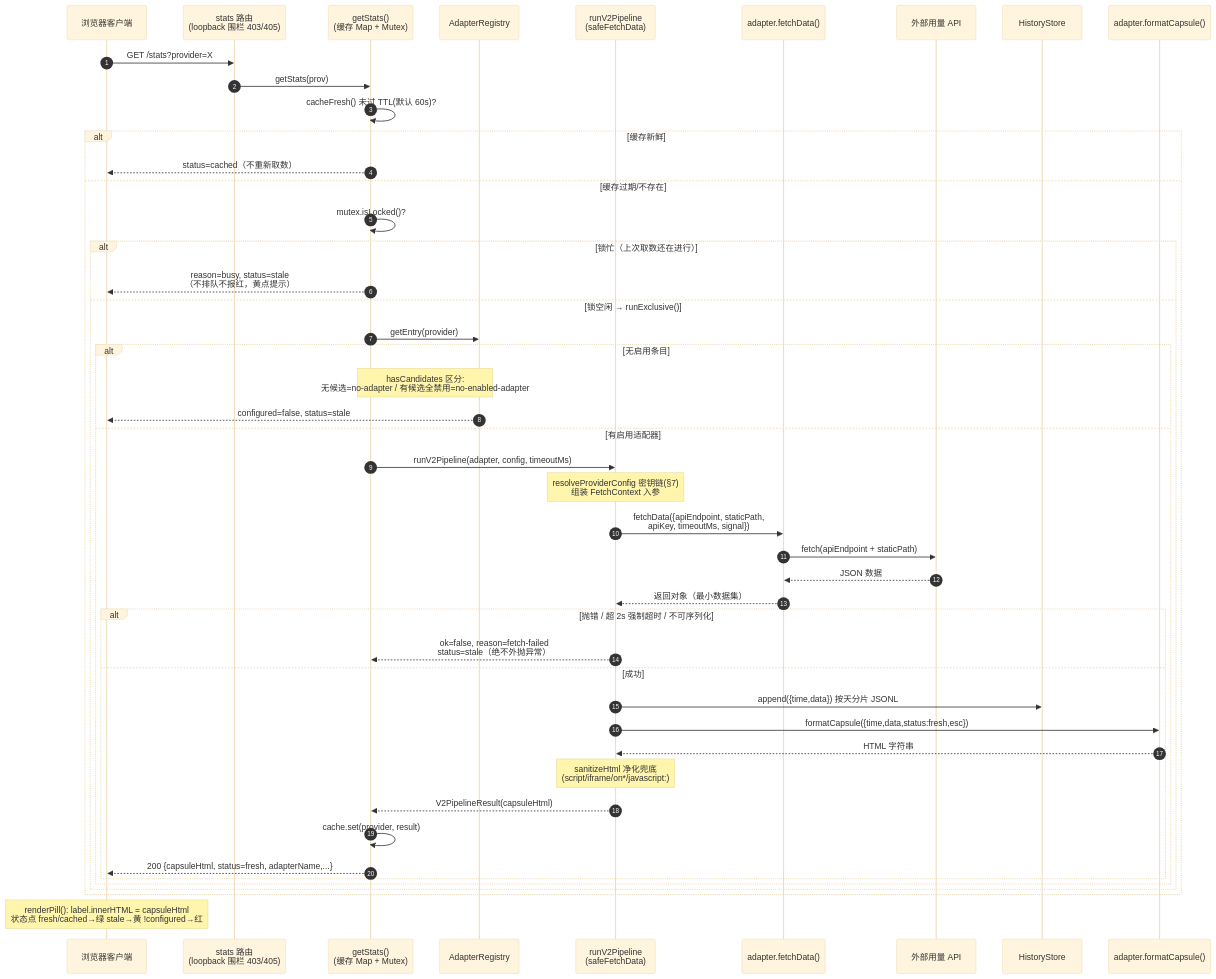
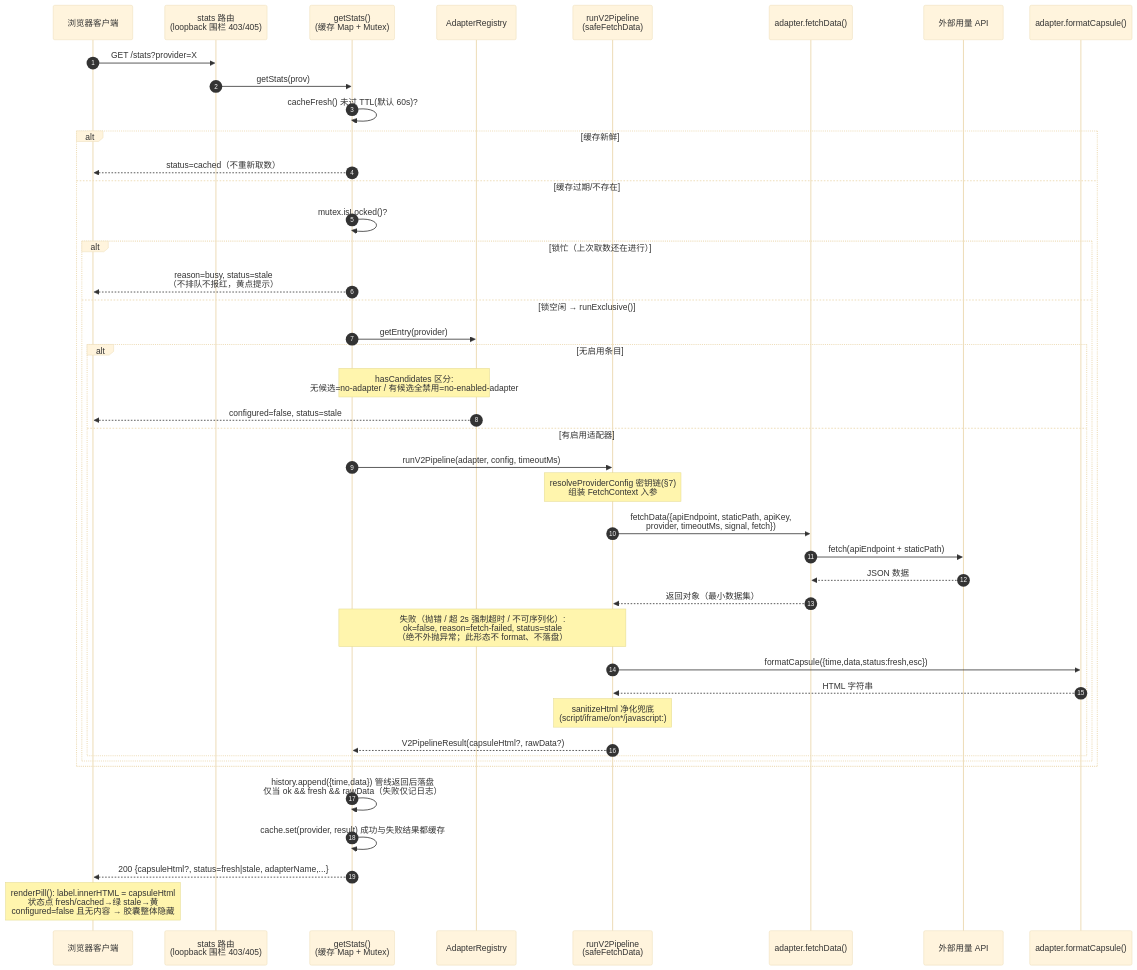
One commit to wingsky-1/dsh-plugin-hub changed the third of 10 diagrams in packages/dsh-provider-usage/docs/architecture.md. Above: the diagram before and after it, drawn with Mermaid (base theme). The commit also changed other lines of this file and 3 other files, not shown here.

````diff
--- a/packages/dsh-provider-usage/docs/architecture.md
+++ b/packages/dsh-provider-usage/docs/architecture.md
@@ -98,50 +100,46 @@
 ```mermaid
 sequenceDiagram
     autonumber
     participant B as 浏览器客户端
     participant R as stats 路由<br/>(loopback 围栏 403/405)
     participant G as getStats()<br/>(缓存 Map + Mutex)
     participant RG as AdapterRegistry
     participant P as runV2Pipeline<br/>(safeFetchData)
     participant AD as adapter.fetchData()
     participant API as 外部用量 API
-    participant H as HistoryStore
     participant F as adapter.formatCapsule()
 
     B->>R: GET /stats?provider=X
     R->>G: getStats(prov)
     G->>G: cacheFresh() 未过 TTL(默认 60s)?
     alt 缓存新鲜
         G-->>B: status=cached（不重新取数）
     else 缓存过期/不存在
         G->>G: mutex.isLocked()?
         alt 锁忙（上次取数还在进行）
             G-->>B: reason=busy, status=stale<br/>（不排队不报红，黄点提示）
         else 锁空闲 → runExclusive()
             G->>RG: getEntry(provider)
             alt 无启用条目
                 Note over RG,G: hasCandidates 区分:<br/>无候选=no-adapter / 有候选全禁用=no-enabled-adapter
                 RG-->>B: configured=false, status=stale
             else 有启用适配器
                 G->>P: runV2Pipeline(adapter, config, timeoutMs)
                 Note over P: resolveProviderConfig 密钥链(§7)<br/>组装 FetchContext 入参
-                P->>AD: fetchData({apiEndpoint, staticPath,<br/>apiKey, timeoutMs, signal})
+                P->>AD: fetchData({apiEndpoint, staticPath, apiKey,<br/>provider, timeoutMs, signal, fetch})
                 AD->>API: fetch(apiEndpoint + staticPath)
                 API-->>AD: JSON 数据
                 AD-->>P: 返回对象（最小数据集）
-                alt 抛错 / 超 2s 强制超时 / 不可序列化
-                    P-->>G: ok=false, reason=fetch-failed<br/>status=stale（绝不外抛异常）
-                else 成功
-                    P->>H: append({time,data}) 按天分片 JSONL
-                    P->>F: formatCapsule({time,data,status:fresh,esc})
-                    F-->>P: HTML 字符串
-                    Note over P: sanitizeHtml 净化兜底<br/>(script/iframe/on*/javascript:)
-                    P-->>G: V2PipelineResult(capsuleHtml)
-                    G->>G: cache.set(provider, result)
-                    G-->>B: 200 {capsuleHtml, status=fresh, adapterName,...}
-                end
+                Note over P,G: 失败（抛错 / 超 2s 强制超时 / 不可序列化）:<br/>ok=false, reason=fetch-failed, status=stale<br/>（绝不外抛异常；此形态不 format、不落盘）
+                P->>F: formatCapsule({time,data,status:fresh,esc})
+                F-->>P: HTML 字符串
+                Note over P: sanitizeHtml 净化兜底<br/>(script/iframe/on*/javascript:)
+                P-->>G: V2PipelineResult(capsuleHtml?, rawData?)
             end
         end
     end
-    Note over B: renderPill(): label.innerHTML = capsuleHtml<br/>状态点 fresh/cached→绿 stale→黄 !configured→红
+    G->>G: history.append({time,data}) 管线返回后落盘<br/>仅当 ok && fresh && rawData（失败仅记日志）
+    G->>G: cache.set(provider, result) 成功与失败结果都缓存
+    G-->>B: 200 {capsuleHtml?, status=fresh|stale, adapterName,...}
+    Note over B: renderPill(): label.innerHTML = capsuleHtml<br/>状态点 fresh/cached→绿 stale→黄<br/>configured=false 且无内容 → 胶囊整体隐藏
 ```
````
